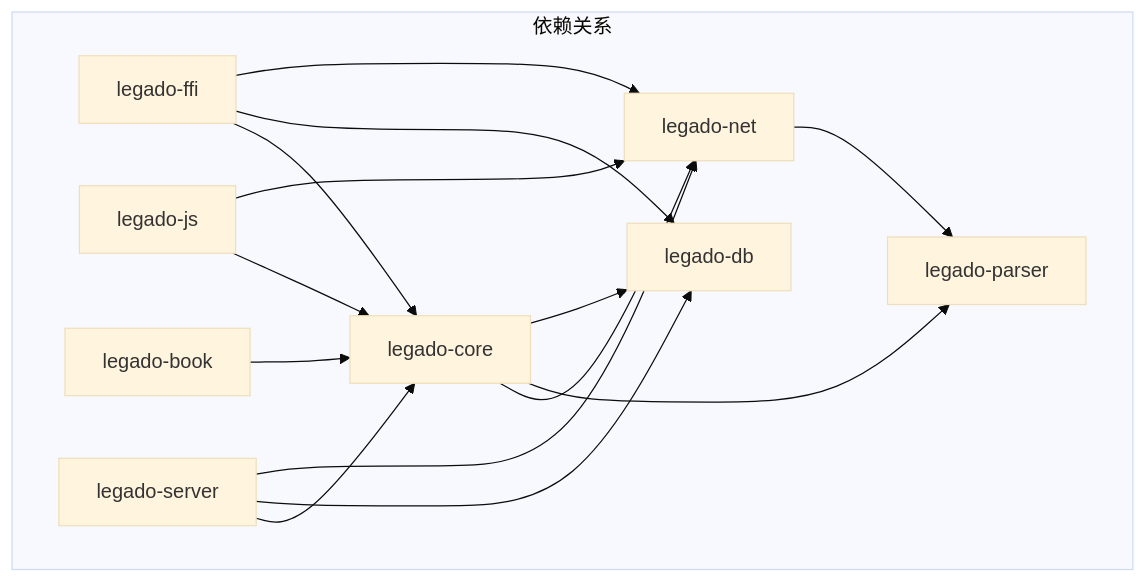
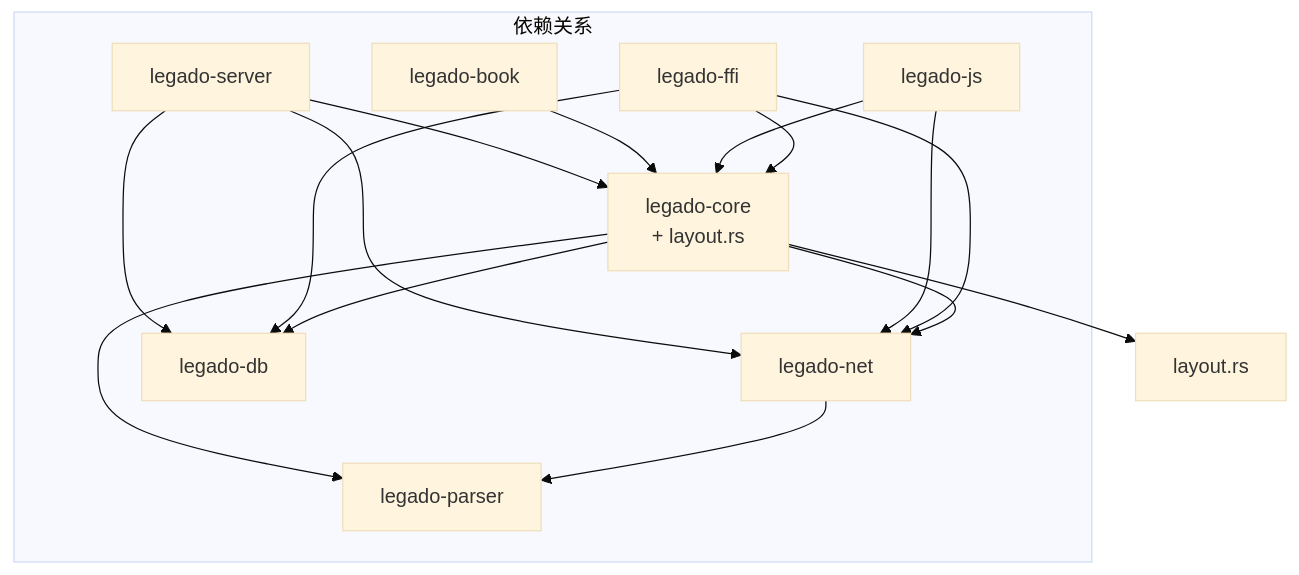
Before and after one commit to ZhangGHGitHub/LegadoTeamFlutter: the sixth of 6 diagrams in .qoder/repowiki/zh/content/开发指南/项目结构/Rust核心库结构.md, drawn with Mermaid (base theme). The commit also changed other lines of this file and 66 other files, not shown here.

````diff
--- a/.qoder/repowiki/zh/content/开发指南/项目结构/Rust核心库结构.md
+++ b/.qoder/repowiki/zh/content/开发指南/项目结构/Rust核心库结构.md
@@ -292,26 +313,27 @@
 ```mermaid
 graph TB
 subgraph "依赖关系"
-CORE["legado-core"]
+CORE["legado-core<br/>+ layout.rs"]
 NET["legado-net"]
 PARSER["legado-parser"]
 DB["legado-db"]
 FFI["legado-ffi"]
 JS["legado-js"]
 BOOK["legado-book"]
 SERVER["legado-server"]
 end
 NET --> PARSER
 CORE --> NET
 CORE --> PARSER
 CORE --> DB
+CORE --> LAYOUT["layout.rs"]
 FFI --> CORE
 FFI --> DB
 FFI --> NET
 JS --> CORE
 JS --> NET
 BOOK --> CORE
 SERVER --> CORE
 SERVER --> DB
 SERVER --> NET
 ```
````
